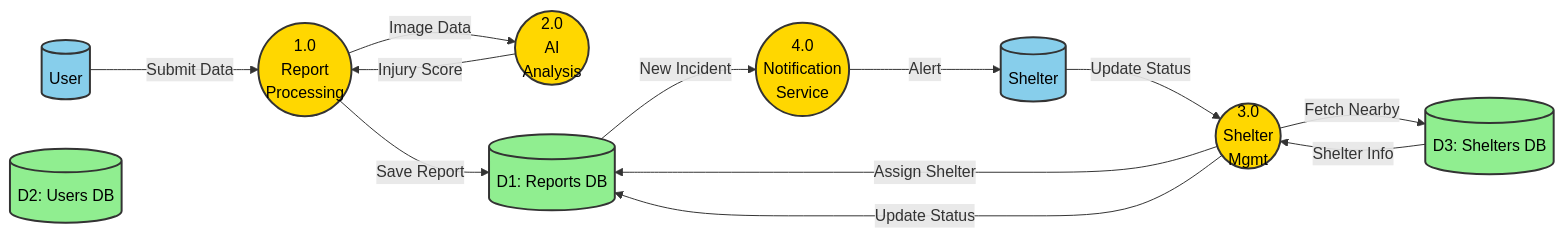
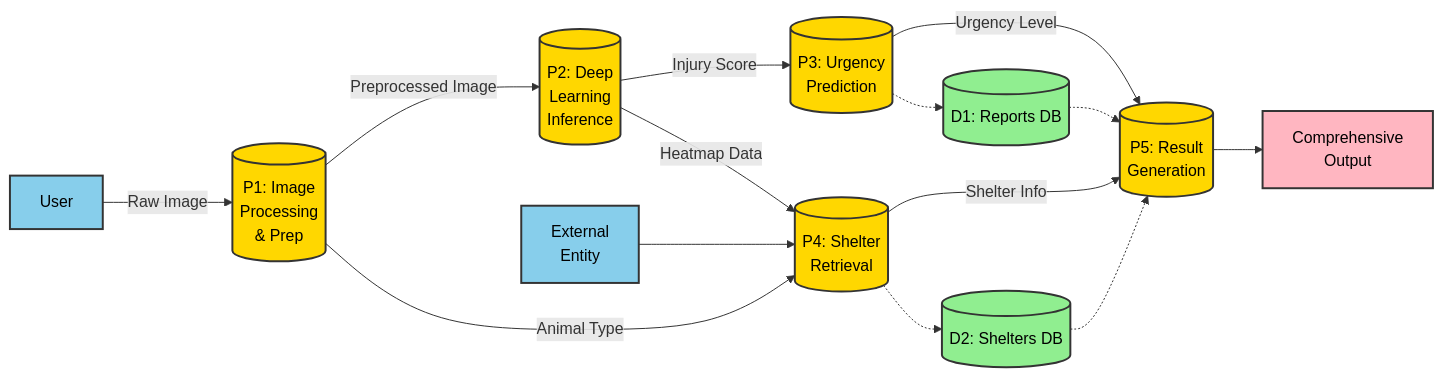
One commit to jattu8602/animal-helpline changed the second of 3 diagrams in dfd_diagrams.md. Above: the diagram before and after it, drawn with Mermaid. The commit also changed other lines of this file, not shown here.

Commit message:
docs: Update DFD context and level 1 diagrams with new structures and flows.

````diff
--- a/dfd_diagrams.md
+++ b/dfd_diagrams.md
@@ -45,42 +47,52 @@
 ```mermaid
 graph LR
-    %% Entities
-    User[("User")]
-    Shelter[("Shelter")]
+    %% Nodes
+    User[User]
 
-    %% Processes
-    P1(("1.0<br/>Report<br/>Processing"))
-    P2(("2.0<br/>AI<br/>Analysis"))
-    P3(("3.0<br/>Shelter<br/>Mgmt"))
-    P4(("4.0<br/>Notification<br/>Service"))
+    P1[("P1: Image<br/>Processing<br/>& Prep")]
+    P2[("P2: Deep<br/>Learning<br/>Inference")]
+    P3[("P3: Urgency<br/>Prediction")]
+    P4[("P4: Shelter<br/>Retrieval")]
+    P5[("P5: Result<br/>Generation")]
+
+    Ext[External<br/>Entity]
+
+    Output[Comprehensive<br/>Output]
 
     %% Data Stores
     D1[("D1: Reports DB")]
-    D2[("D2: Users DB")]
-    D3[("D3: Shelters DB")]
+    D2[("D2: Shelters DB")]
 
     %% Flows
-    User -->|Submit Data| P1
-    P1 -->|Image Data| P2
-    P2 -->|Injury Score| P1
-    P1 -->|Save Report| D1
+    User -->|"Raw Image"| P1
 
-    P3 -->|Fetch Nearby| D3
-    D3 -->|Shelter Info| P3
-    P3 -->|Assign Shelter| D1
+    P1 -->|"Preprocessed Image"| P2
+    P1 -->|"Animal Type"| P4
 
-    D1 -->|New Incident| P4
-    P4 -->|Alert| Shelter
-    Shelter -->|Update Status| P3
-    P3 -->|Update Status| D1
+    Ext --> P4
 
-    %% Styling
+    P2 -->|"Injury Score"| P3
+    P2 -->|"Heatmap Data"| P4
+
+    P3 -->|"Urgency Level"| P5
+    P4 -->|"Shelter Info"| P5
+
+    P5 --> Output
+
+    %% Database Interactions
+    P3 -.-> D1
+    P4 -.-> D2
+    D1 -.-> P5
+    D2 -.-> P5
+
     %% Styling
     classDef process fill:#FFD700,stroke:#333,stroke-width:2px,color:black;
     classDef store fill:#90EE90,stroke:#333,stroke-width:2px,color:black;
     classDef entity fill:#87CEEB,stroke:#333,stroke-width:2px,color:black;
+    classDef output fill:#FFB6C1,stroke:#333,stroke-width:2px,color:black;
 
-    class P1,P2,P3,P4 process
-    class D1,D2,D3 store
-    class User,Shelter entity
+    class P1,P2,P3,P4,P5 process
+    class D1,D2 store
+    class User,Ext entity
+    class Output output
 ```
````
